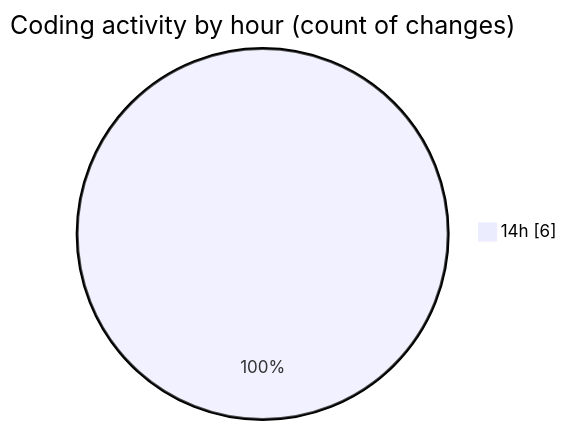
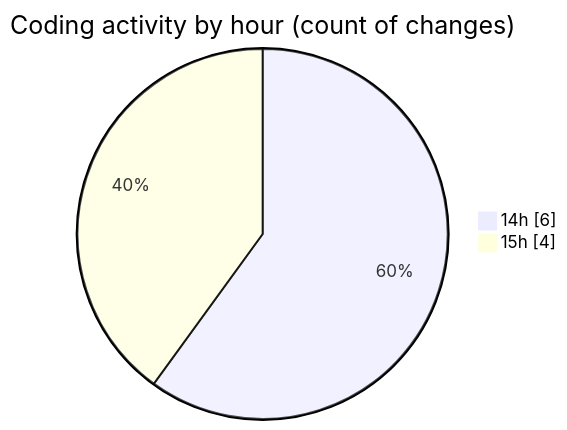
The second of 2 diagrams in 2025-02-12/coding_prac_4/README.md (NitaiMahat/code-tracking), drawn with Mermaid before and after one commit. The commit also changed other lines of this file and 1 other file, not shown here.

````diff
--- a/2025-02-12/coding_prac_4/README.md
+++ b/2025-02-12/coding_prac_4/README.md
@@ -29,5 +29,6 @@
 ```mermaid
 pie showData
 title Coding activity by hour (count of changes)
 "14h" : 6
+"15h" : 4
 ```
````
